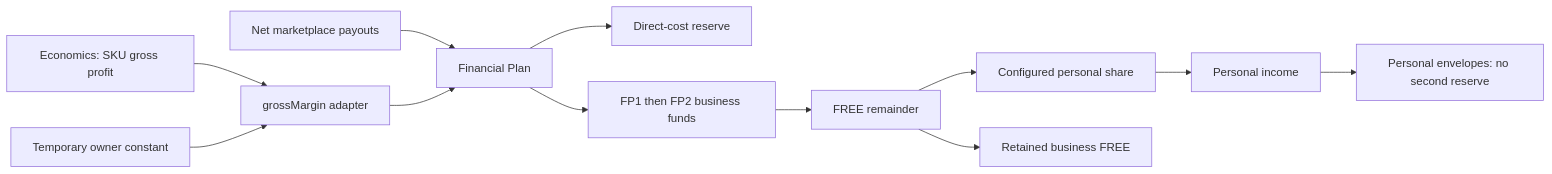
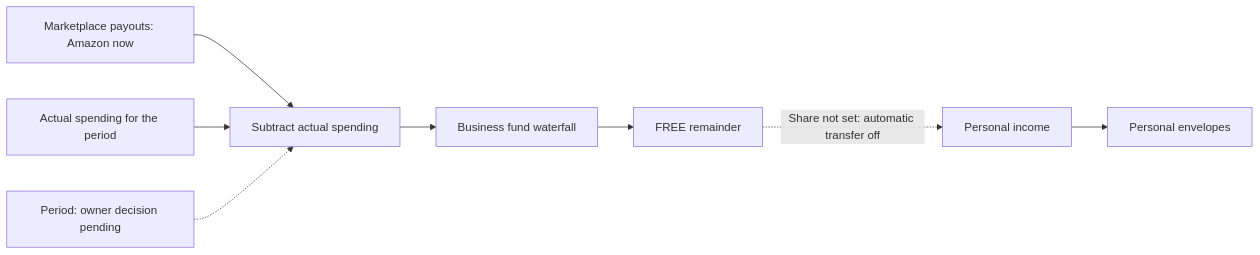
One commit to kuzyvladimir-maker/ss-control-center changed the diagram in docs/wiki/treasury-module.md. Above: the diagram before and after it, drawn with Mermaid. The commit also changed other lines of this file and 5 other files, not shown here.

Commit message:
fix(treasury): mark margin scheme unapproved and record owner decision

````diff
--- a/docs/wiki/treasury-module.md
+++ b/docs/wiki/treasury-module.md
@@ -9,14 +28,10 @@
 ```mermaid
 flowchart LR
-  E[Economics: SKU gross profit] --> M[grossMargin adapter]
-  C[Temporary owner constant] --> M
-  P[Net marketplace payouts] --> B[Financial Plan]
-  M --> B
-  B --> R[Direct-cost reserve]
-  B --> F[FP1 then FP2 business funds]
+  P[Marketplace payouts: Amazon now] --> D[Subtract actual spending]
+  A[Actual spending for the period] --> D
+  T[Period: owner decision pending] -.-> D
+  D --> F[Business fund waterfall]
   F --> U[FREE remainder]
-  U --> S[Configured personal share]
-  U --> K[Retained business FREE]
-  S --> I[Personal income]
-  I --> N[Personal envelopes: no second reserve]
+  U -. Share not set: automatic transfer off .-> I[Personal income]
+  I --> N[Personal envelopes]
 ```
````
